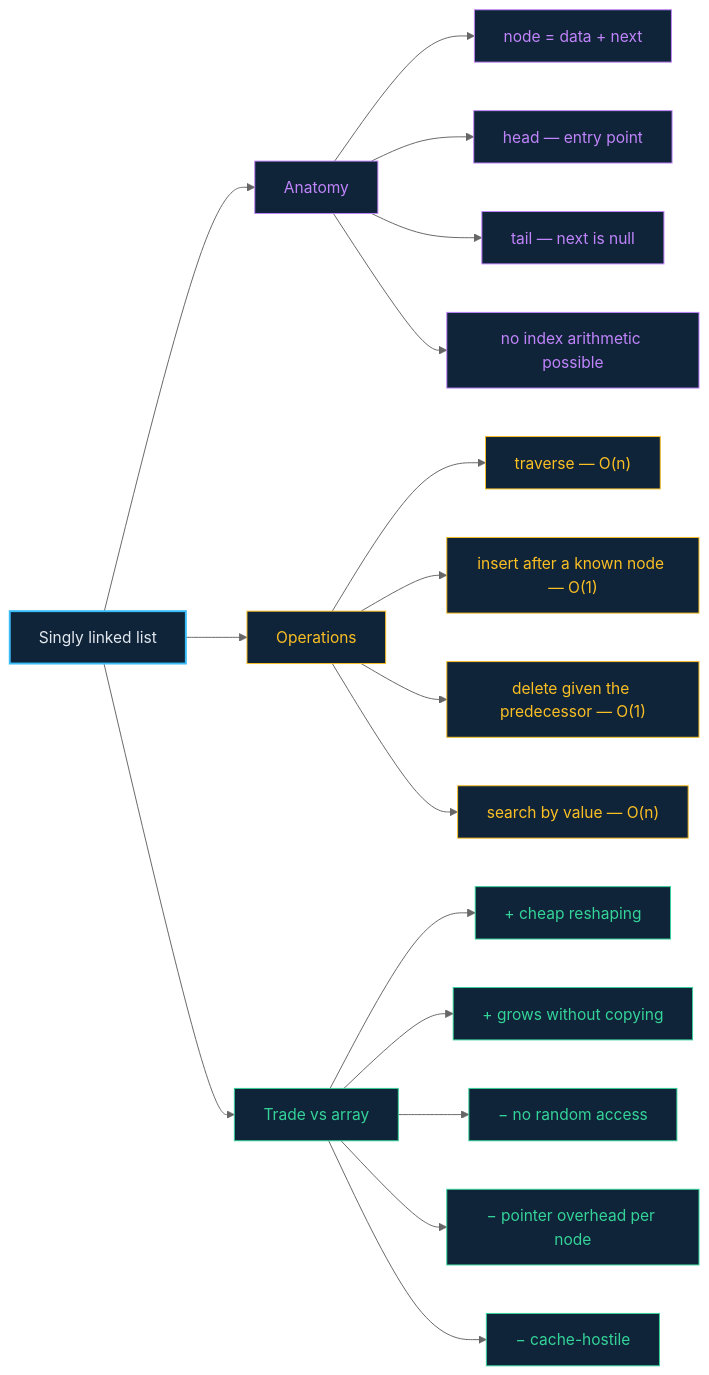
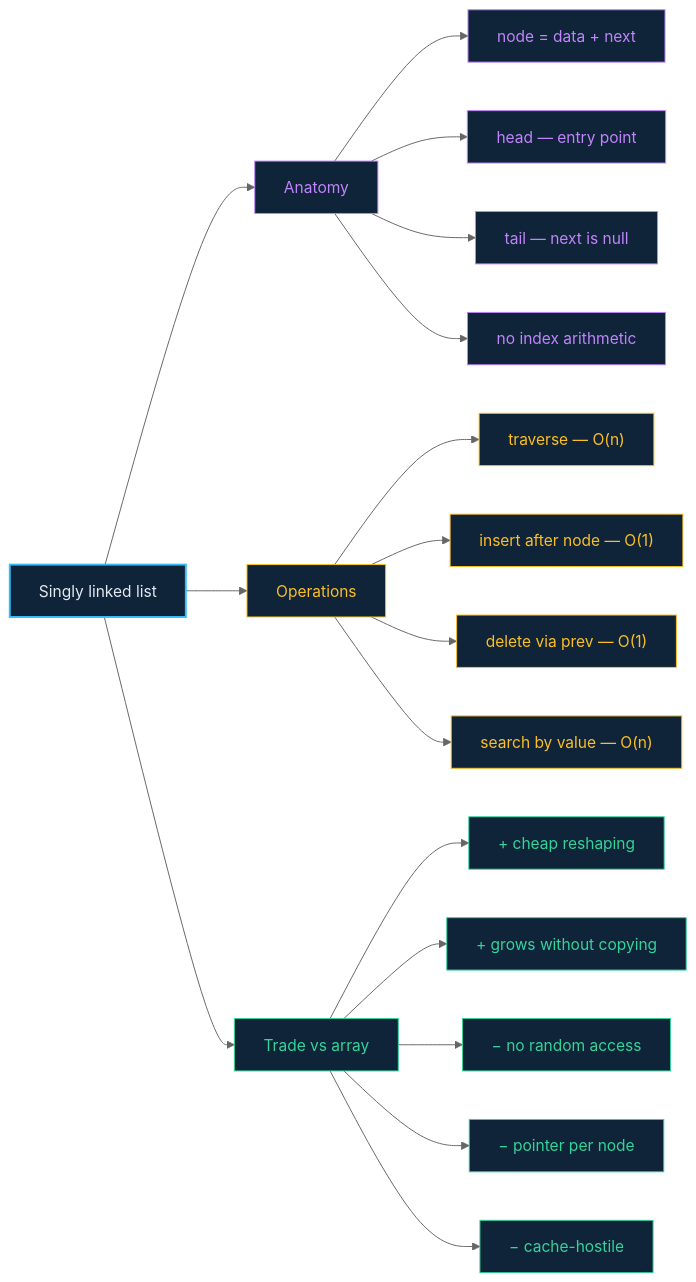
The diagram in docs/03-linked-lists.md (rajeshgoyalg/Learn-Data-Structures-and-Algorithms-Visually), drawn with Mermaid (neutral theme) before and after one commit. The commit also changed 21 other files, not shown here.

First line of the commit message:
Shorten every mermaid label so diagrams cannot overflow and clip

````diff
--- a/docs/03-linked-lists.md
+++ b/docs/03-linked-lists.md
@@ -49,31 +49,31 @@
 ```mermaid
 flowchart LR
   L["Singly linked list"] --> A["Anatomy"]
   L --> O["Operations"]
   L --> T["Trade vs array"]
 
   A --> A1["node = data + next"]
   A --> A2["head — entry point"]
   A --> A3["tail — next is null"]
-  A --> A4["no index arithmetic possible"]
+  A --> A4["no index arithmetic"]
 
   O --> O1["traverse — O(n)"]
-  O --> O2["insert after a known node — O(1)"]
-  O --> O3["delete given the predecessor — O(1)"]
+  O --> O2["insert after node — O(1)"]
+  O --> O3["delete via prev — O(1)"]
   O --> O4["search by value — O(n)"]
 
   T --> T1["+ cheap reshaping"]
   T --> T2["+ grows without copying"]
   T --> T3["− no random access"]
-  T --> T4["− pointer overhead per node"]
+  T --> T4["− pointer per node"]
   T --> T5["− cache-hostile"]
 
   classDef root fill:#0f2438,stroke:#38bdf8,stroke-width:2px,color:#e2e8f0
   classDef an fill:#0f2438,stroke:#c084fc,color:#c084fc
   classDef op fill:#0f2438,stroke:#fbbf24,color:#fbbf24
   classDef tr fill:#0f2438,stroke:#34d399,color:#34d399
   class L root
   class A,A1,A2,A3,A4 an
   class O,O1,O2,O3,O4 op
   class T,T1,T2,T3,T4,T5 tr
 ```
````
